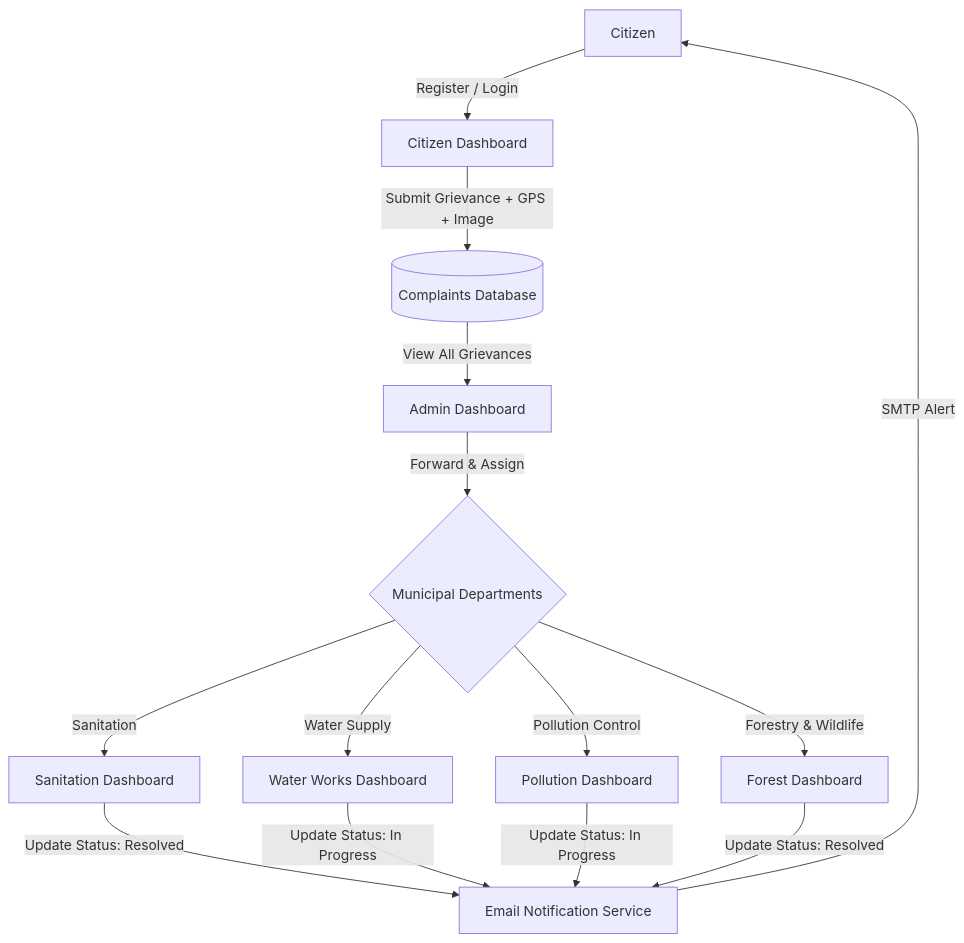
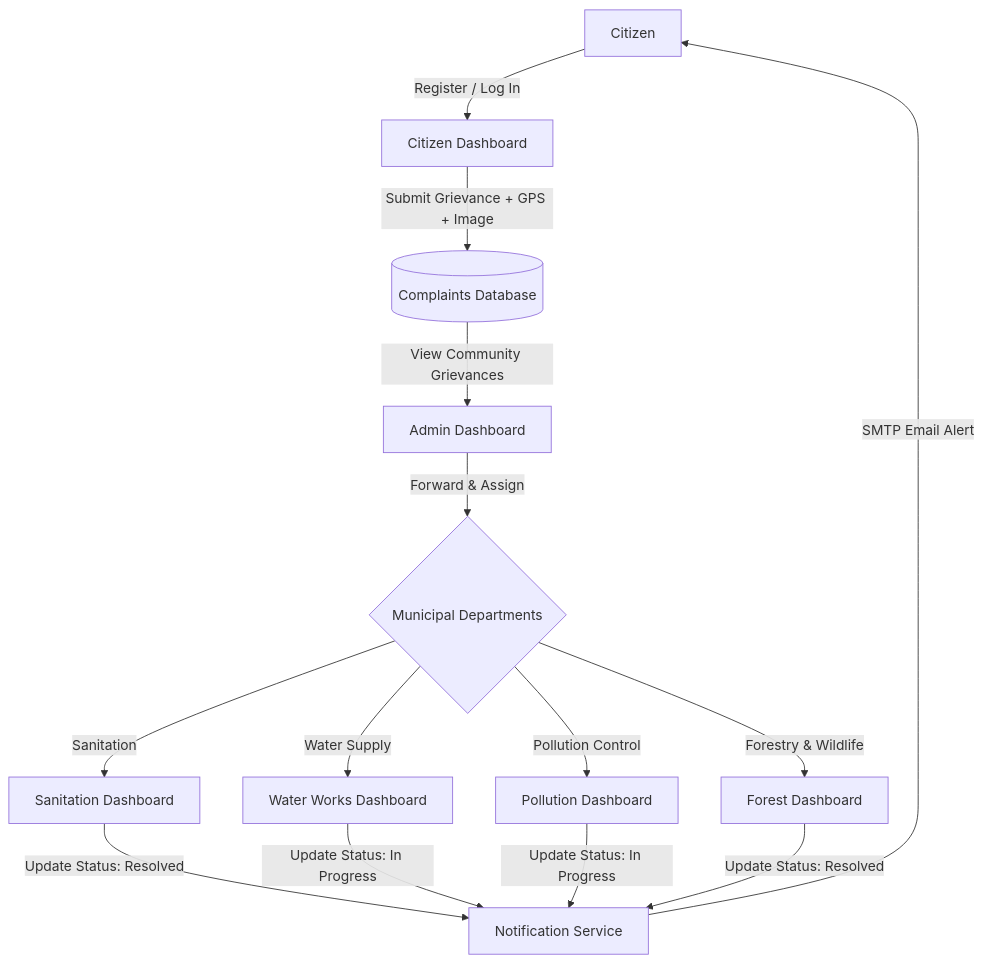
Before and after one commit to someshkumar58/Green-Alert: the diagram in README.md, drawn with Mermaid. The commit also changed other lines of this file and 2 other files, not shown here.

````diff
--- a/README.md
+++ b/README.md
@@ -39,16 +49,16 @@
 ```mermaid
 graph TD
-    A[Citizen] -->|Register / Login| B[Citizen Dashboard]
+    A[Citizen] -->|Register / Log In| B[Citizen Dashboard]
     B -->|Submit Grievance + GPS + Image| C[(Complaints Database)]
-    C -->|View All Grievances| D[Admin Dashboard]
+    C -->|View Community Grievances| D[Admin Dashboard]
     D -->|Forward & Assign| E{Municipal Departments}
     E -->|Sanitation| F[Sanitation Dashboard]
     E -->|Water Supply| G[Water Works Dashboard]
     E -->|Pollution Control| H[Pollution Dashboard]
     E -->|Forestry & Wildlife| I[Forest Dashboard]
-    F -->|Update Status: Resolved| J[Email Notification Service]
+    F -->|Update Status: Resolved| J[Notification Service]
     G -->|Update Status: In Progress| J
     H -->|Update Status: In Progress| J
     I -->|Update Status: Resolved| J
-    J -->|SMTP Alert| A
+    J -->|SMTP Email Alert| A
 ```
````
